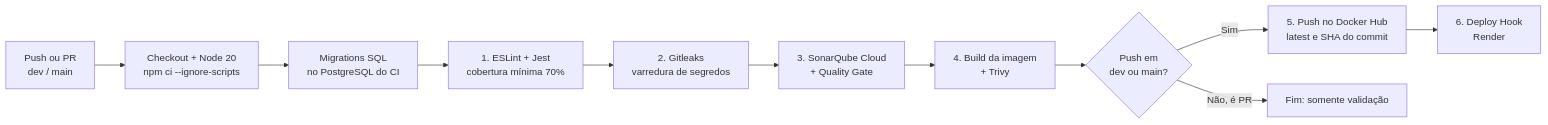
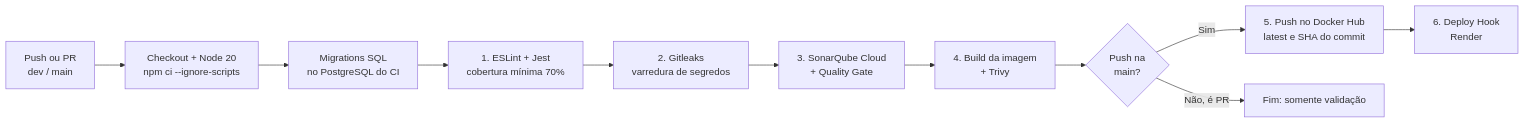
Before and after one commit to GUSTAVO-ALESSANDRO/erp-autoshop: the third of 3 diagrams in README.md, drawn with Mermaid. The commit also changed other lines of this file, not shown here.

````diff
--- a/README.md
+++ b/README.md
@@ -444,13 +460,13 @@
 ```mermaid
 flowchart LR
     A[Push ou PR<br/>dev / main] --> B[Checkout + Node 20<br/>npm ci --ignore-scripts]
     B --> C[Migrations SQL<br/>no PostgreSQL do CI]
     C --> D[1. ESLint + Jest<br/>cobertura mínima 70%]
     D --> E[2. Gitleaks<br/>varredura de segredos]
     E --> F[3. SonarQube Cloud<br/>+ Quality Gate]
     F --> G[4. Build da imagem<br/>+ Trivy]
-    G --> H{Push em<br/>dev ou main?}
+    G --> H{Push na <br/>main?}
     H -- Sim --> I[5. Push no Docker Hub<br/>latest e SHA do commit]
     I --> J[6. Deploy Hook<br/>Render]
     H -- Não, é PR --> K[Fim: somente validação]
 ```
````
